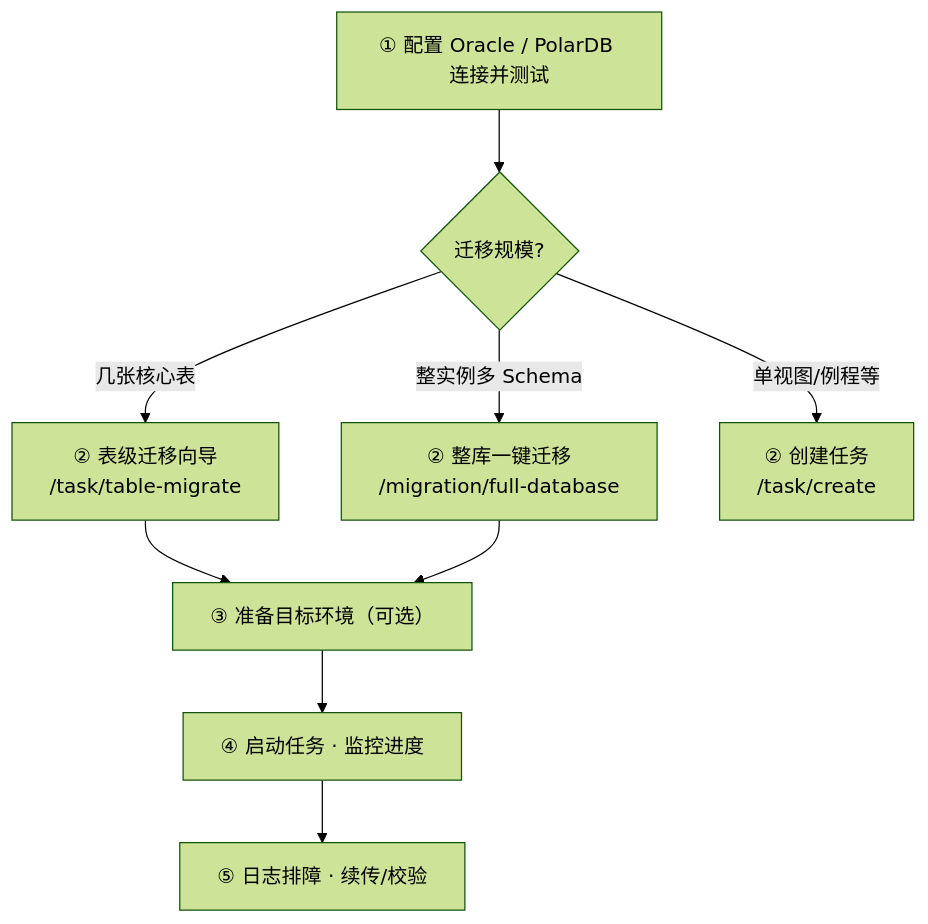
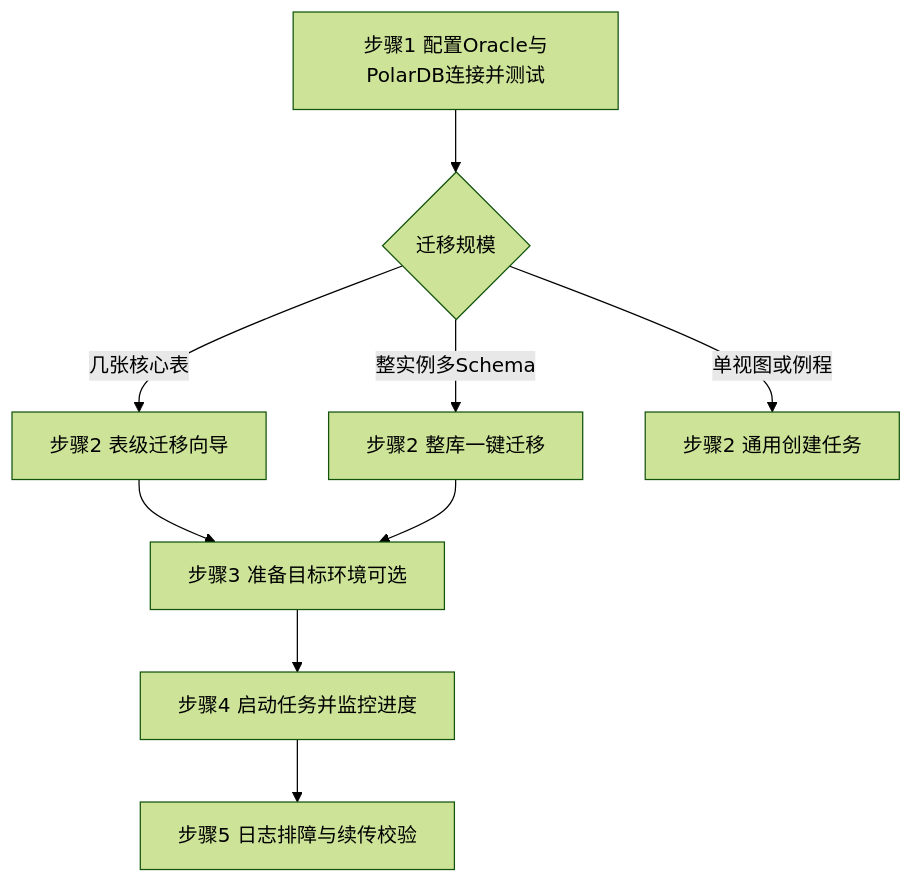
Before and after one commit to hayratjan/oracle2polardb_pg: the fifth of 5 diagrams in README.md, drawn with Mermaid (forest theme). The commit also changed other lines of this file and 5 other files, not shown here.

First line of the commit message:
docs: 美化 README 文档并修复 Mermaid 10.9.3 语法兼容性

````diff
--- a/README.md
+++ b/README.md
@@ -419,11 +619,11 @@
 ```mermaid
 flowchart TD
-  A["① 配置 Oracle / PolarDB 连接并测试"] --> B{"迁移规模?"}
-  B -->|几张核心表| C["② 表级迁移向导<br/>/task/table-migrate"]
-  B -->|整实例多 Schema| D["② 整库一键迁移<br/>/migration/full-database"]
-  B -->|单视图/例程等| E["② 创建任务<br/>/task/create"]
-  C --> F["③ 准备目标环境（可选）"]
+  A["步骤1 配置Oracle与PolarDB连接并测试"] --> B{"迁移规模"}
+  B -->|几张核心表| C["步骤2 表级迁移向导"]
+  B -->|整实例多Schema| D["步骤2 整库一键迁移"]
+  B -->|单视图或例程| E["步骤2 通用创建任务"]
+  C --> F["步骤3 准备目标环境可选"]
   D --> F
-  F --> G["④ 启动任务 · 监控进度"]
-  G --> H["⑤ 日志排障 · 续传/校验"]
+  F --> G["步骤4 启动任务并监控进度"]
+  G --> H["步骤5 日志排障与续传校验"]
 ```
````
